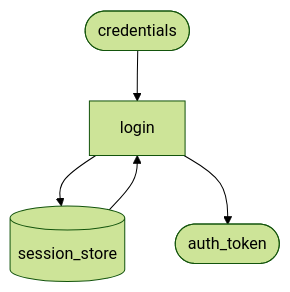
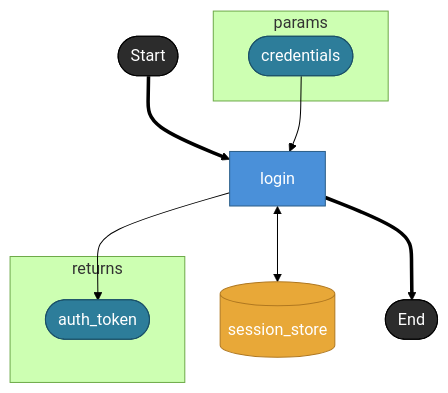
The third of 5 diagrams in docs/spec/views/dag.md (hiroshiasayadev-prog/brewprint), drawn with Mermaid (forest theme) before and after one commit. The commit also changed other lines of this file, not shown here.

First line of the commit message:
docs: add task-to-task control flow rule to dag.md

````diff
--- a/docs/spec/views/dag.md
+++ b/docs/spec/views/dag.md
@@ -338,7 +517,24 @@
 ```mermaid
 flowchart TD
-  credentials([credentials]) --> login[login]
-  session_store[(session_store)] --> login
-  login --> session_store
-  login --> auth_token([auth_token])
+  subgraph params
+    credentials([credentials])
+  end
+  subgraph returns
+    auth_token([auth_token])
+  end
+
+  _start([Start]) ==> login
+  credentials --> login[login]
+  login <--> session_store[(session_store)]
+  login --> auth_token
+  login ==> _end([End])
+
+  classDef taskNode     fill:#4A90D9,stroke:#2C5F8A,color:#fff
+  classDef storeNode    fill:#E8A838,stroke:#B07820,color:#fff
+  classDef terminalNode fill:#2C2C2C,stroke:#000,color:#fff
+  classDef boundaryNode fill:#2D7D9A,stroke:#1A5068,color:#fff
+  class login taskNode
+  class session_store storeNode
+  class _start,_end terminalNode
+  class credentials,auth_token boundaryNode
 ```
````
